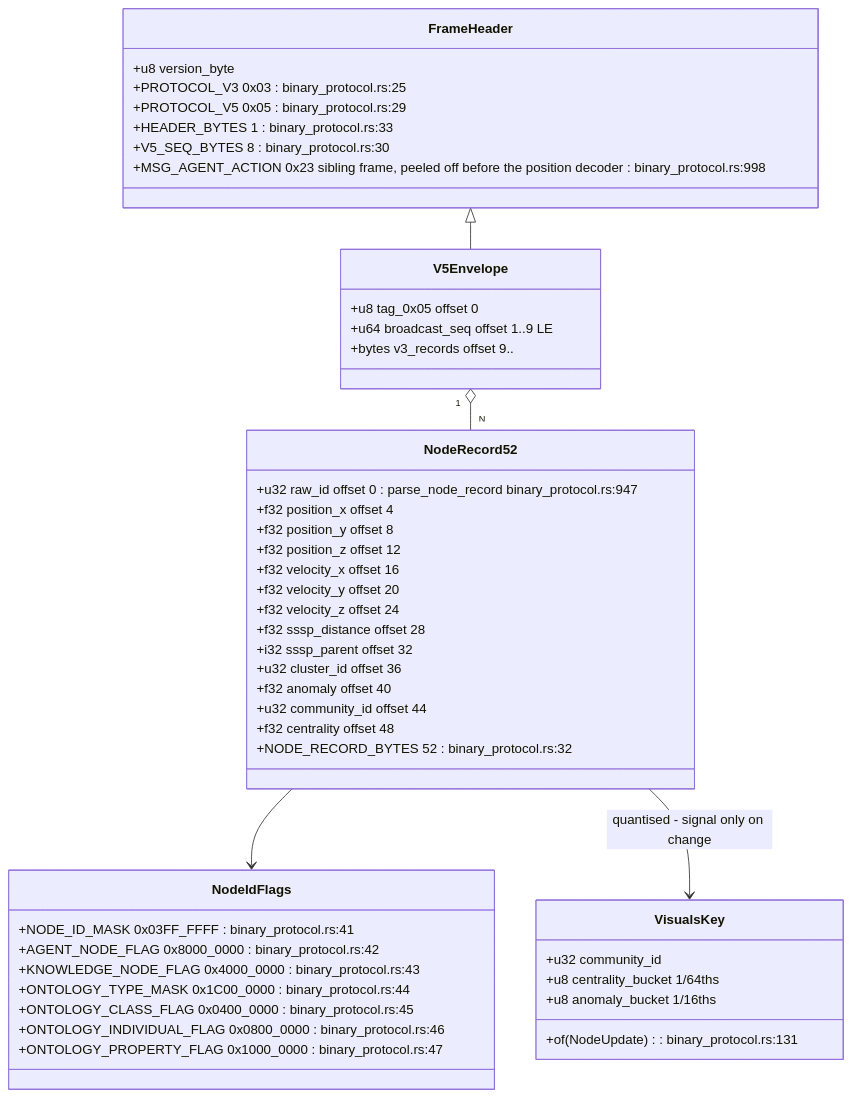
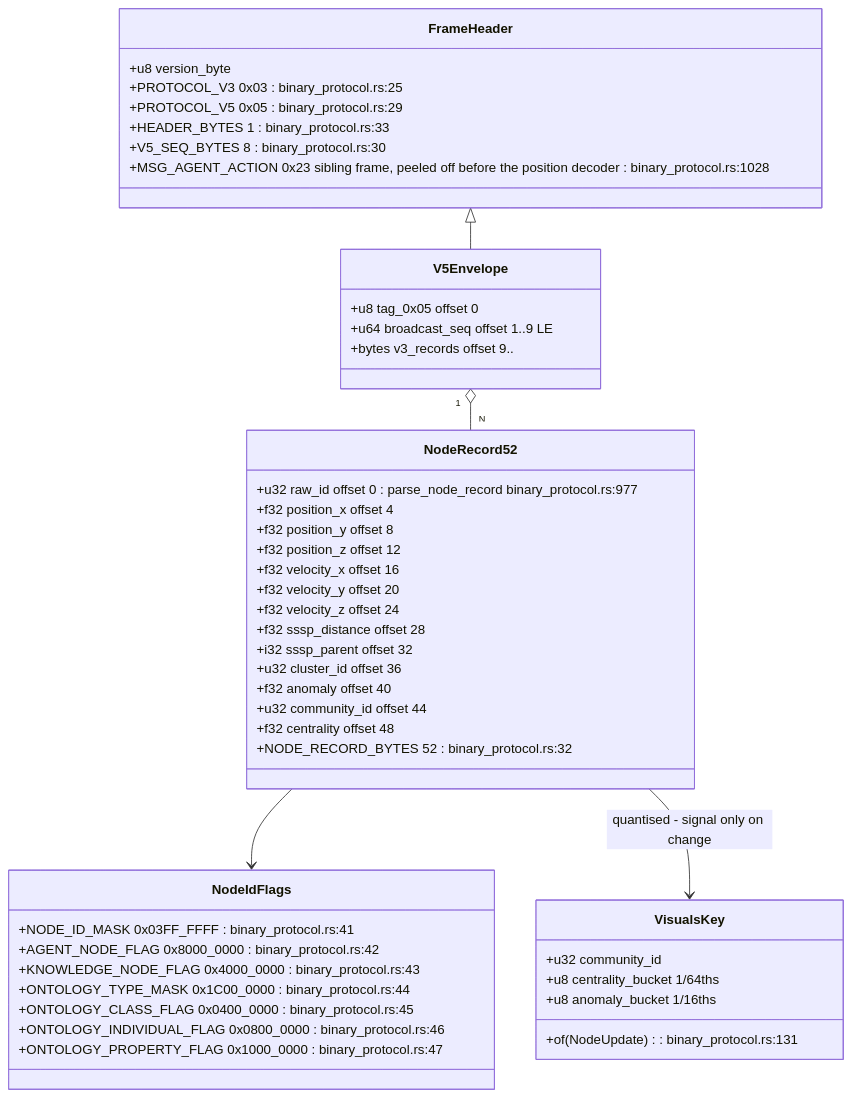
Before and after one commit to DreamLab-AI/VisionFlow: the fifth of 30 diagrams in docs/diagrams/visionclaw/36-godot-xr-client.md, drawn with Mermaid. The commit also changed other lines of this file and 24 other files, not shown here.

Commit message:
docs: align XR liveness, filtering and rendering diagrams (#33)

````diff
--- a/docs/diagrams/visionclaw/36-godot-xr-client.md
+++ b/docs/diagrams/visionclaw/36-godot-xr-client.md
@@ -328,51 +339,51 @@
 ```mermaid
 classDiagram
     class FrameHeader {
         +u8 version_byte
         +PROTOCOL_V3 0x03 : binary_protocol.rs:25
         +PROTOCOL_V5 0x05 : binary_protocol.rs:29
         +HEADER_BYTES 1 : binary_protocol.rs:33
         +V5_SEQ_BYTES 8 : binary_protocol.rs:30
-        +MSG_AGENT_ACTION 0x23 sibling frame, peeled off before the position decoder : binary_protocol.rs:998
+        +MSG_AGENT_ACTION 0x23 sibling frame, peeled off before the position decoder : binary_protocol.rs:1028
     }
     class V5Envelope {
         +u8 tag_0x05 offset 0
         +u64 broadcast_seq offset 1..9 LE
         +bytes v3_records offset 9..
     }
     class NodeRecord52 {
-        +u32 raw_id offset 0 : parse_node_record binary_protocol.rs:947
+        +u32 raw_id offset 0 : parse_node_record binary_protocol.rs:977
         +f32 position_x offset 4
         +f32 position_y offset 8
         +f32 position_z offset 12
         +f32 velocity_x offset 16
         +f32 velocity_y offset 20
         +f32 velocity_z offset 24
         +f32 sssp_distance offset 28
         +i32 sssp_parent offset 32
         +u32 cluster_id offset 36
         +f32 anomaly offset 40
         +u32 community_id offset 44
         +f32 centrality offset 48
         +NODE_RECORD_BYTES 52 : binary_protocol.rs:32
     }
     class NodeIdFlags {
         +NODE_ID_MASK 0x03FF_FFFF : binary_protocol.rs:41
         +AGENT_NODE_FLAG 0x8000_0000 : binary_protocol.rs:42
         +KNOWLEDGE_NODE_FLAG 0x4000_0000 : binary_protocol.rs:43
         +ONTOLOGY_TYPE_MASK 0x1C00_0000 : binary_protocol.rs:44
         +ONTOLOGY_CLASS_FLAG 0x0400_0000 : binary_protocol.rs:45
         +ONTOLOGY_INDIVIDUAL_FLAG 0x0800_0000 : binary_protocol.rs:46
         +ONTOLOGY_PROPERTY_FLAG 0x1000_0000 : binary_protocol.rs:47
     }
     class VisualsKey {
         +u32 community_id
         +u8 centrality_bucket 1/64ths
         +u8 anomaly_bucket 1/16ths
         +of(NodeUpdate) : binary_protocol.rs:131
     }
     V5Envelope "1" o-- "N" NodeRecord52
     NodeRecord52 --> NodeIdFlags
     NodeRecord52 --> VisualsKey : quantised - signal only on change
     FrameHeader <|-- V5Envelope
 ```
````
